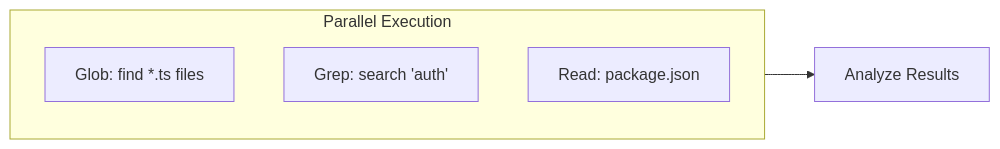
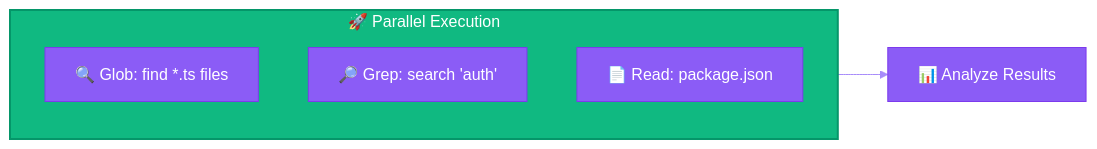
One commit to ThibautMelen/agentic-ai-systems changed the third of 5 diagrams in patterns/03-parallel-tool-calling.md. Above: the diagram before and after it, drawn with Mermaid. The commit also changed other lines of this file and 7 other files, not shown here.

First line of the commit message:
style(diagrams): add vibrant colors to all Mermaid diagrams

````diff
--- a/patterns/03-parallel-tool-calling.md
+++ b/patterns/03-parallel-tool-calling.md
@@ -107,10 +119,13 @@
 ```mermaid
+%%{init: {'theme': 'base', 'themeVariables': { 'primaryColor': '#8b5cf6', 'primaryTextColor': '#ffffff', 'primaryBorderColor': '#7c3aed', 'lineColor': '#a78bfa'}}}%%
 flowchart LR
-    subgraph Parallel["Parallel Execution"]
-        G1[Glob: find *.ts files]
-        G2[Grep: search 'auth']
-        G3[Read: package.json]
+    subgraph Parallel["🚀 Parallel Execution"]
+        G1[🔍 Glob: find *.ts files]
+        G2[🔎 Grep: search 'auth']
+        G3[📄 Read: package.json]
     end
 
-    Parallel --> Analyze[Analyze Results]
+    Parallel --> Analyze[📊 Analyze Results]
+
+    style Parallel fill:#10b981,stroke:#059669,stroke-width:2px,color:#ffffff
 ```
````
